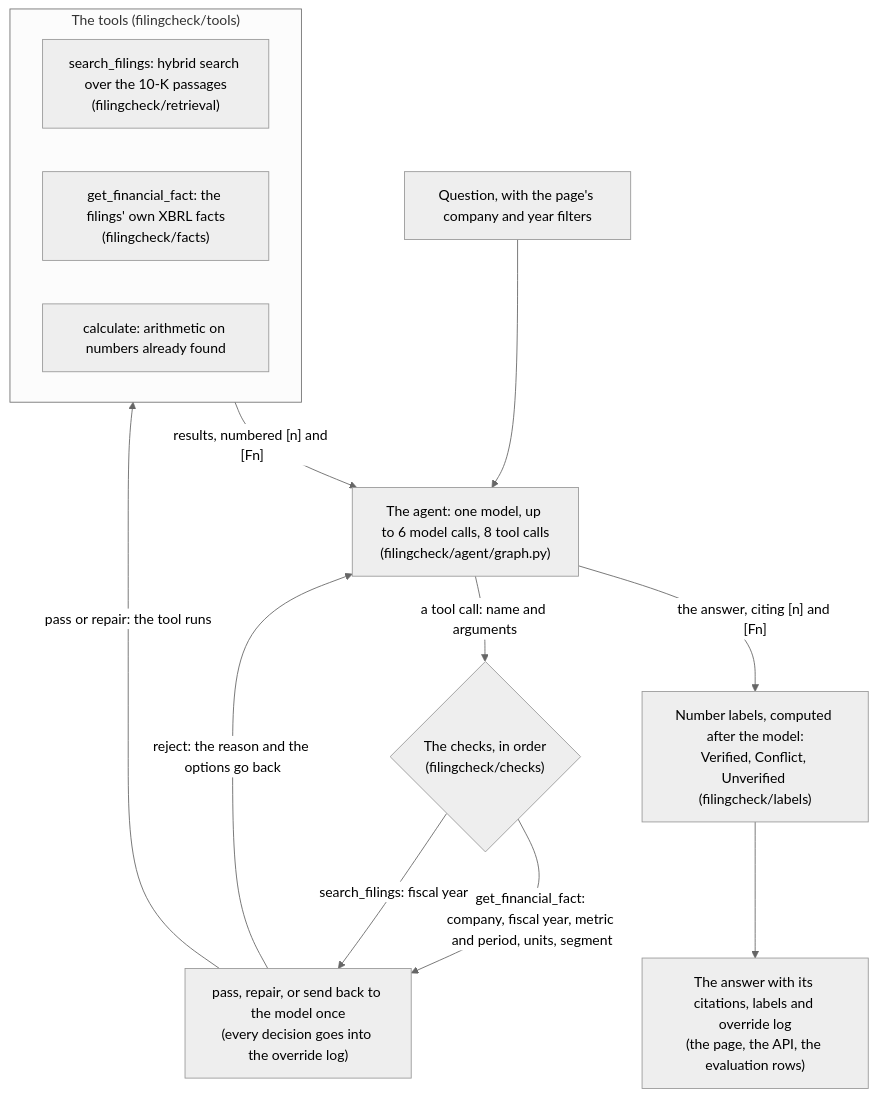
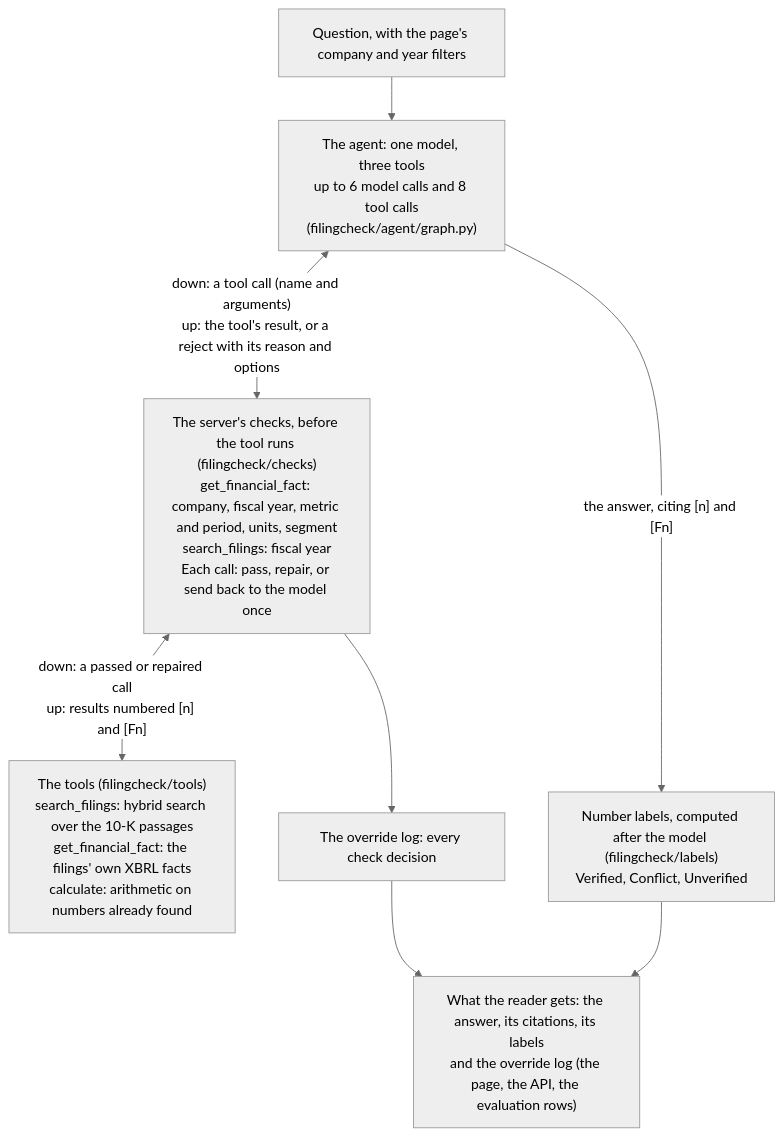
One commit to nazrulhuda/filingcheck changed the diagram in docs/architecture.mmd. Above: the diagram before and after it, drawn with Mermaid (neutral theme). The commit also changed 3 other files, not shown here.

```diff
--- a/docs/architecture.mmd
+++ b/docs/architecture.mmd
@@ -1,15 +1,8 @@
 flowchart TD
-    Q["Question, with the page's company and year filters"] --> A["The agent: one model, up to 6 model calls, 8 tool calls<br/>(filingcheck/agent/graph.py)"]
-    A -->|"a tool call: name and arguments"| C{"The checks, in order<br/>(filingcheck/checks)"}
-    C -->|"get_financial_fact: company, fiscal year, metric and period, units, segment"| D
-    C -->|"search_filings: fiscal year"| D
-    D["pass, repair, or send back to the model once<br/>(every decision goes into the override log)"] -->|"pass or repair: the tool runs"| T
-    D -->|"reject: the reason and the options go back"| A
-    subgraph T["The tools (filingcheck/tools)"]
-        S["search_filings: hybrid search over the 10-K passages<br/>(filingcheck/retrieval)"]
-        F["get_financial_fact: the filings' own XBRL facts<br/>(filingcheck/facts)"]
-        K["calculate: arithmetic on numbers already found"]
-    end
-    T -->|"results, numbered [n] and [Fn]"| A
-    A -->|"the answer, citing [n] and [Fn]"| L["Number labels, computed after the model:<br/>Verified, Conflict, Unverified (filingcheck/labels)"]
-    L --> R["The answer with its citations, labels and override log<br/>(the page, the API, the evaluation rows)"]
+    Q["Question, with the page's company and year filters"] --> A["The agent: one model, three tools<br/>up to 6 model calls and 8 tool calls<br/>(filingcheck/agent/graph.py)"]
+    A <-->|"down: a tool call (name and arguments)<br/>up: the tool's result, or a reject with its reason and options"| C["The server's checks, before the tool runs (filingcheck/checks)<br/>get_financial_fact: company, fiscal year, metric and period, units, segment<br/>search_filings: fiscal year<br/>Each call: pass, repair, or send back to the model once"]
+    C <-->|"down: a passed or repaired call<br/>up: results numbered [n] and [Fn]"| T["The tools (filingcheck/tools)<br/>search_filings: hybrid search over the 10-K passages<br/>get_financial_fact: the filings' own XBRL facts<br/>calculate: arithmetic on numbers already found"]
+    C --> O["The override log: every check decision"]
+    A -->|"the answer, citing [n] and [Fn]"| L["Number labels, computed after the model (filingcheck/labels)<br/>Verified, Conflict, Unverified"]
+    L --> R["What the reader gets: the answer, its citations, its labels<br/>and the override log (the page, the API, the evaluation rows)"]
+    O --> R
```
